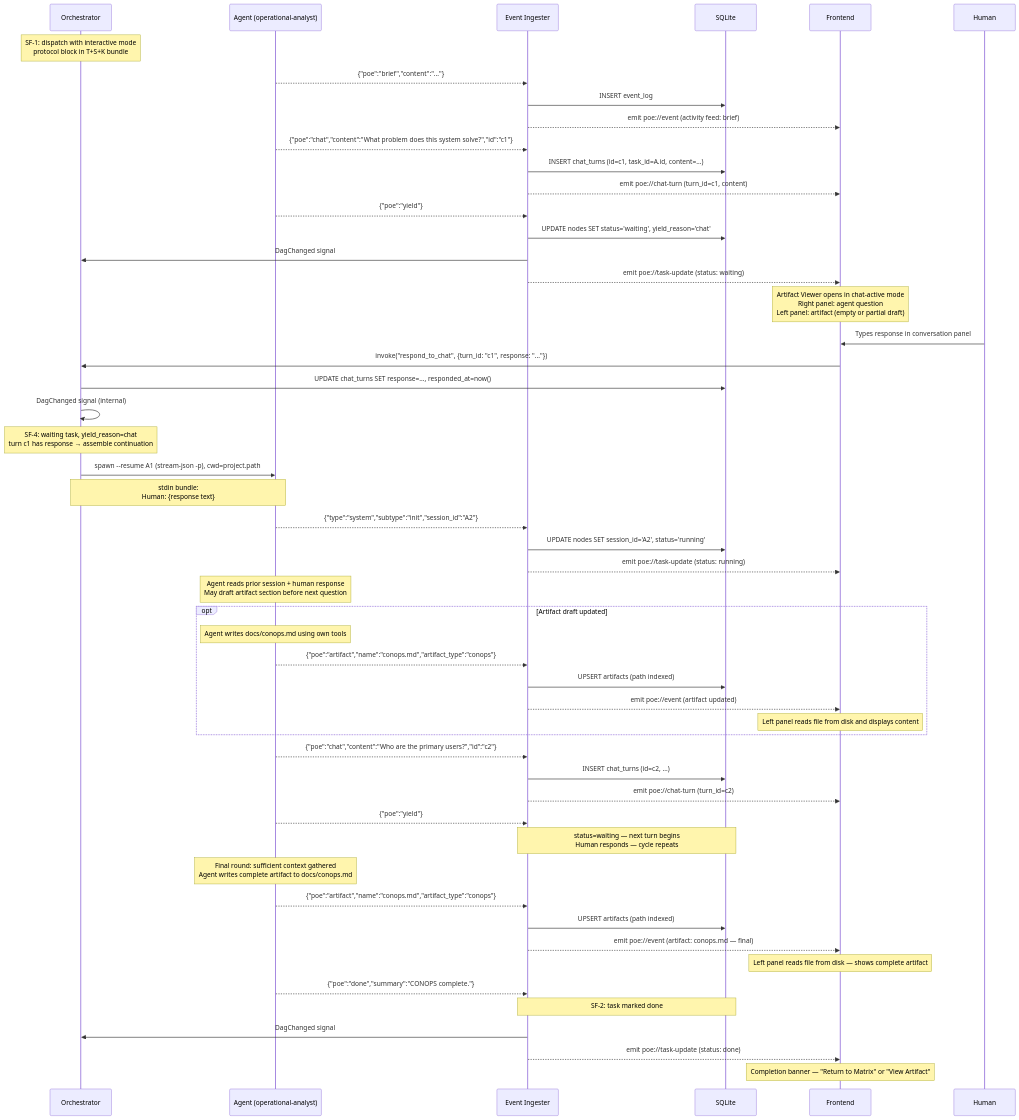
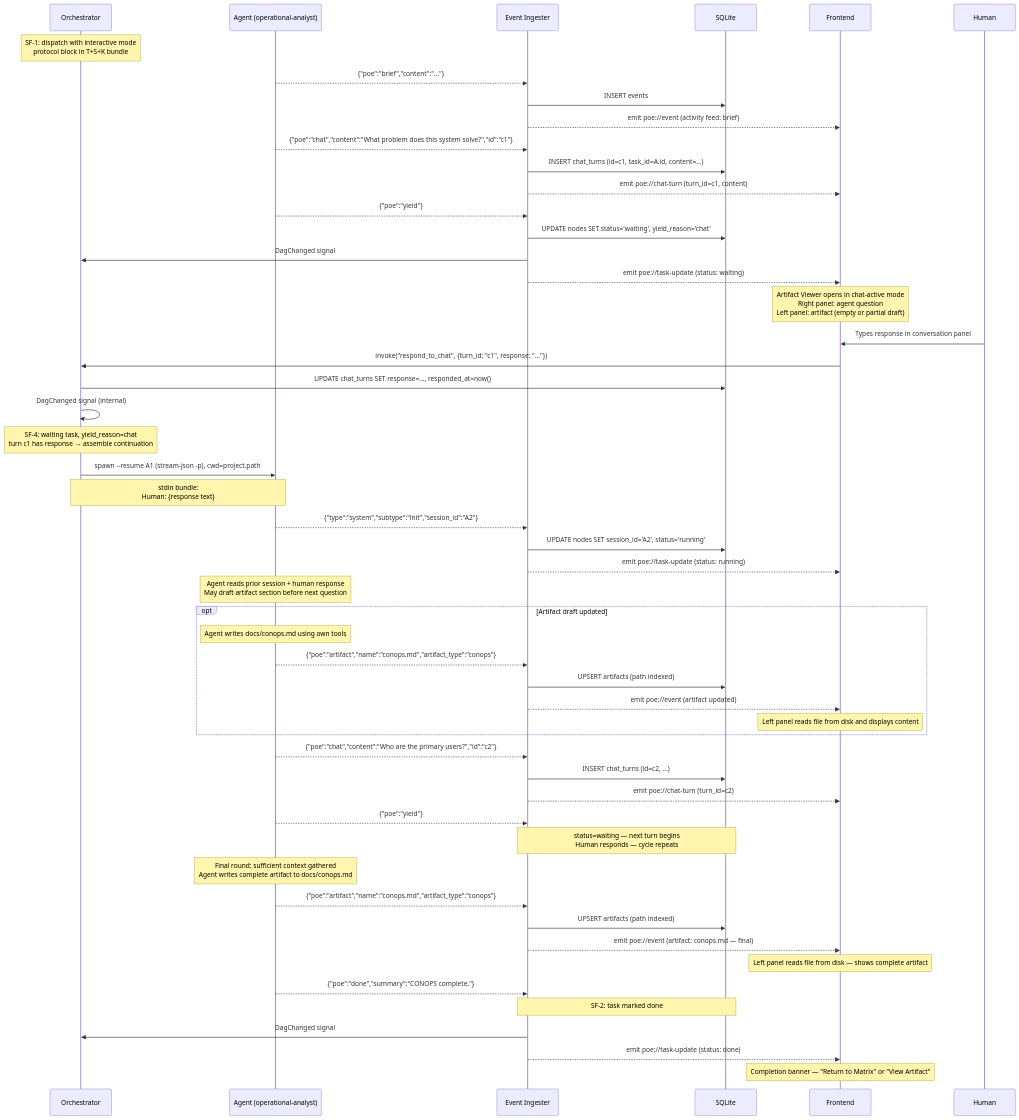
Before and after one commit to grant-traynor/bp6: the ninth of 10 diagrams in doc-POE/Flows.md, drawn with Mermaid. The commit also changed other lines of this file and 4 other files, not shown here.

````diff
--- a/doc-POE/Flows.md
+++ b/doc-POE/Flows.md
@@ -1296,71 +1315,71 @@
 ```mermaid
 sequenceDiagram
     participant Orch as Orchestrator
     participant A as Agent (operational-analyst)
     participant Ing as Event Ingester
     participant DB as SQLite
     participant FE as Frontend
     participant Human as Human
 
     Note over Orch: SF-1: dispatch with interactive mode<br/>protocol block in T+S+K bundle
 
     A-->>Ing: {"poe":"brief","content":"..."}
-    Ing->>DB: INSERT event_log
+    Ing->>DB: INSERT events
     Ing-->>FE: emit poe://event (activity feed: brief)
 
     A-->>Ing: {"poe":"chat","content":"What problem does this system solve?","id":"c1"}
     Ing->>DB: INSERT chat_turns (id=c1, task_id=A.id, content=...)
     Ing-->>FE: emit poe://chat-turn (turn_id=c1, content)
 
     A-->>Ing: {"poe":"yield"}
     Ing->>DB: UPDATE nodes SET status='waiting', yield_reason='chat'
     Ing->>Orch: DagChanged signal
     Ing-->>FE: emit poe://task-update (status: waiting)
 
     Note over FE: Artifact Viewer opens in chat-active mode<br/>Right panel: agent question<br/>Left panel: artifact (empty or partial draft)
 
     Human->>FE: Types response in conversation panel
     FE->>Orch: invoke("respond_to_chat", {turn_id: "c1", response: "..."})
 
     Orch->>DB: UPDATE chat_turns SET response=..., responded_at=now()
     Orch->>Orch: DagChanged signal (internal)
 
     Note over Orch: SF-4: waiting task, yield_reason=chat<br/>turn c1 has response → assemble continuation
 
     Orch->>A: spawn --resume A1 (stream-json -p), cwd=project.path
     Note over Orch,A: stdin bundle:<br/>Human: {response text}
 
     A-->>Ing: {"type":"system","subtype":"init","session_id":"A2"}
     Ing->>DB: UPDATE nodes SET session_id='A2', status='running'
     Ing-->>FE: emit poe://task-update (status: running)
 
     Note over A: Agent reads prior session + human response<br/>May draft artifact section before next question
 
     opt Artifact draft updated
         Note over A: Agent writes docs/conops.md using own tools
         A-->>Ing: {"poe":"artifact","name":"conops.md","artifact_type":"conops"}
         Ing->>DB: UPSERT artifacts (path indexed)
         Ing-->>FE: emit poe://event (artifact updated)
         Note over FE: Left panel reads file from disk and displays content
     end
 
     A-->>Ing: {"poe":"chat","content":"Who are the primary users?","id":"c2"}
     Ing->>DB: INSERT chat_turns (id=c2, ...)
     Ing-->>FE: emit poe://chat-turn (turn_id=c2)
 
     A-->>Ing: {"poe":"yield"}
     Note over Ing,DB: status=waiting — next turn begins<br/>Human responds — cycle repeats
 
     Note over A: Final round: sufficient context gathered<br/>Agent writes complete artifact to docs/conops.md
 
     A-->>Ing: {"poe":"artifact","name":"conops.md","artifact_type":"conops"}
     Ing->>DB: UPSERT artifacts (path indexed)
     Ing-->>FE: emit poe://event (artifact: conops.md — final)
     Note over FE: Left panel reads file from disk — shows complete artifact
 
     A-->>Ing: {"poe":"done","summary":"CONOPS complete."}
     Note over Ing,DB: SF-2: task marked done
     Ing->>Orch: DagChanged signal
     Ing-->>FE: emit poe://task-update (status: done)
     Note over FE: Completion banner — "Return to Matrix" or "View Artifact"
 ```
````
